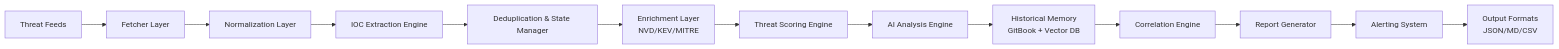
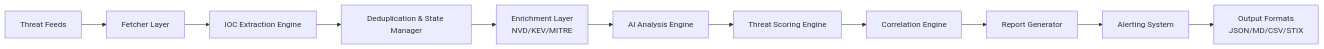
The diagram in README.md (matinsh94/Security_Agent_Polytechnic), drawn with Mermaid before and after one commit. The commit also changed other lines of this file and 9 other files, not shown here.

````diff
--- a/README.md
+++ b/README.md
@@ -28,15 +29,13 @@
 ```mermaid
 graph LR
     A[Threat Feeds] --> B[Fetcher Layer]
-    B --> C[Normalization Layer]
-    C --> D[IOC Extraction Engine]
-    D --> E[Deduplication & State Manager]
-    E --> F[Enrichment Layer<br/>NVD/KEV/MITRE]
+    B --> C[IOC Extraction Engine]
+    C --> D[Deduplication & State Manager]
+    D --> E[Enrichment Layer<br/>NVD/KEV/MITRE]
+    E --> F[AI Analysis Engine]
     F --> G[Threat Scoring Engine]
-    G --> H[AI Analysis Engine]
-    H --> I[Historical Memory<br/>GitBook + Vector DB]
-    I --> J[Correlation Engine]
-    J --> K[Report Generator]
-    K --> L[Alerting System]
-    L --> M[Output Formats<br/>JSON/MD/CSV]
+    G --> H[Correlation Engine]
+    H --> I[Report Generator]
+    I --> J[Alerting System]
+    J --> K[Output Formats<br/>JSON/MD/CSV/STIX]
 ```
````
